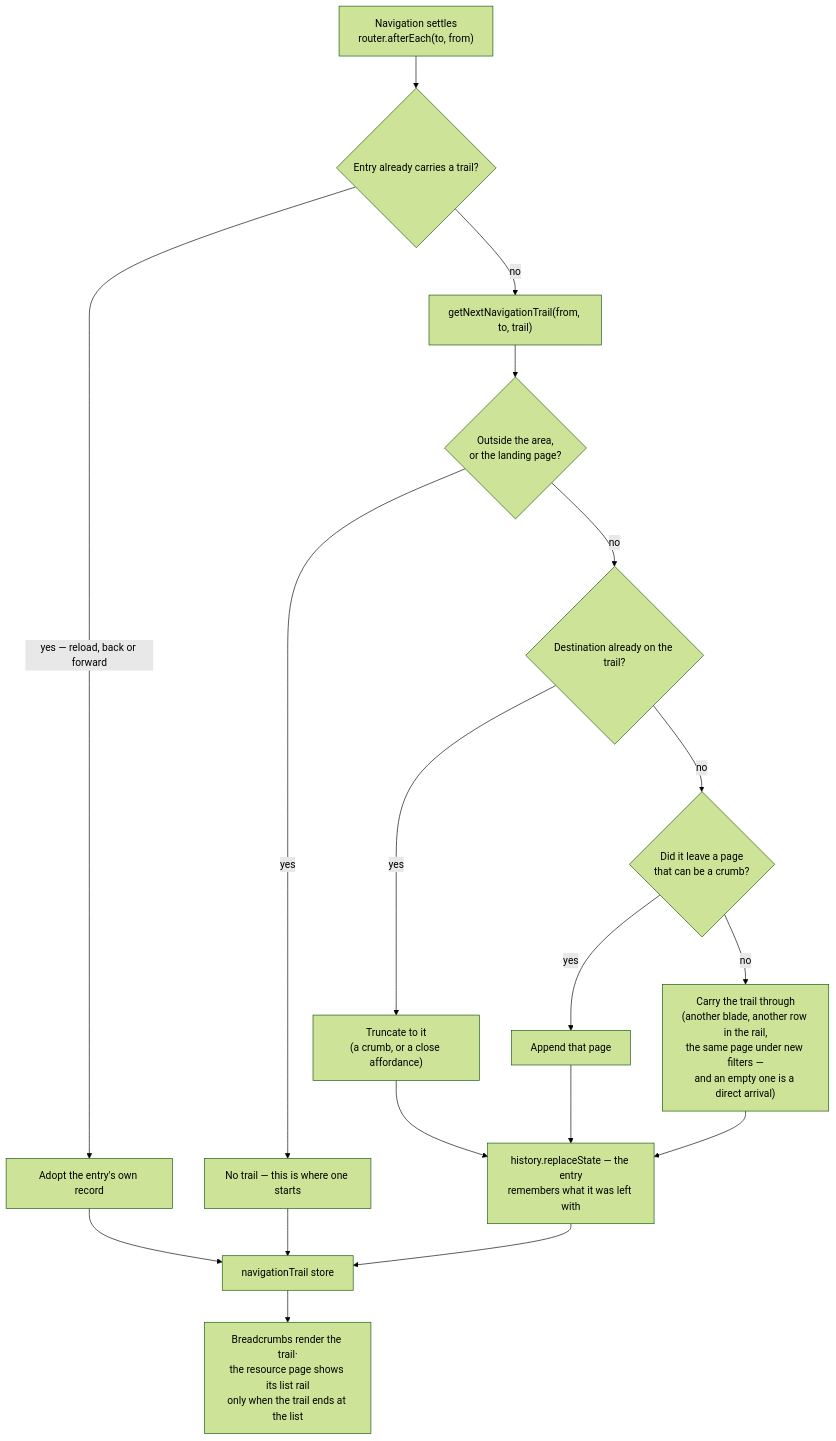
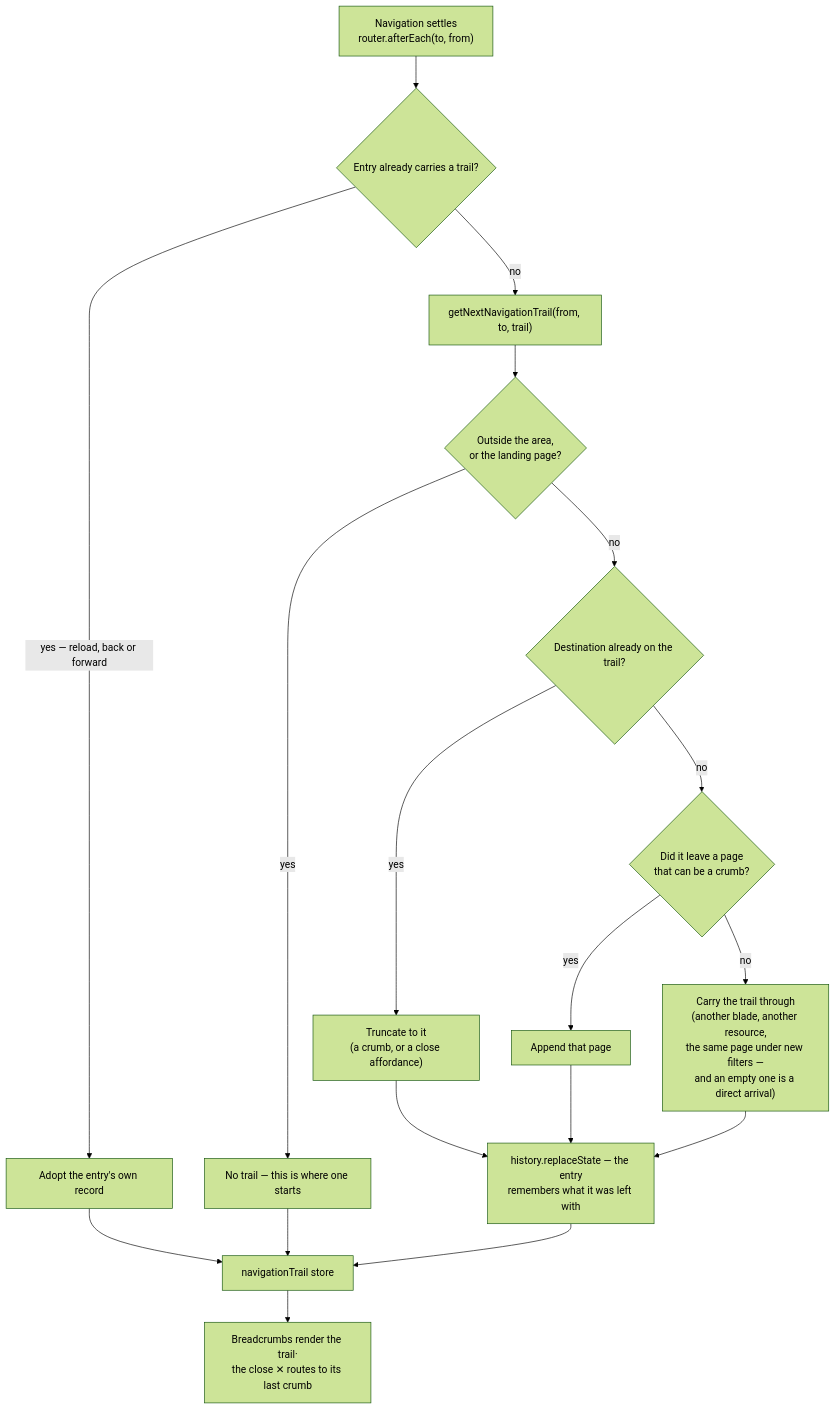
One commit to Esposter/Esposter changed the diagram in packages/app/content/docs/platform/breadcrumb-trail.md. Above: the diagram before and after it, drawn with Mermaid (forest theme). The commit also changed other lines of this file and 63 other files, not shown here.

````diff
--- a/packages/app/content/docs/platform/breadcrumb-trail.md
+++ b/packages/app/content/docs/platform/breadcrumb-trail.md
@@ -27,20 +27,20 @@
 ```mermaid
 flowchart TD
   NAV["Navigation settles<br/>router.afterEach(to, from)"] --> RECORDED{"Entry already carries a trail?"}
   RECORDED -->|"yes — reload, back or forward"| ADOPT["Adopt the entry's own record"]
   RECORDED -->|no| RESOLVE["getNextNavigationTrail(from, to, trail)"]
   RESOLVE --> OUT{"Outside the area,<br/>or the landing page?"}
   OUT -->|yes| EMPTY["No trail — this is where one starts"]
   OUT -->|no| BACKUP{"Destination already on the trail?"}
   BACKUP -->|yes| TRUNCATE["Truncate to it<br/>(a crumb, or a close affordance)"]
   BACKUP -->|no| DRILL{"Did it leave a page<br/>that can be a crumb?"}
   DRILL -->|yes| APPEND["Append that page"]
-  DRILL -->|no| CARRY["Carry the trail through<br/>(another blade, another row in the rail,<br/>the same page under new filters —<br/>and an empty one is a direct arrival)"]
+  DRILL -->|no| CARRY["Carry the trail through<br/>(another blade, another resource,<br/>the same page under new filters —<br/>and an empty one is a direct arrival)"]
   ADOPT --> STORE
   EMPTY --> STORE
   TRUNCATE --> RECORD
   APPEND --> RECORD
   CARRY --> RECORD
   RECORD["history.replaceState — the entry<br/>remembers what it was left with"] --> STORE["navigationTrail store"]
-  STORE --> RENDER["Breadcrumbs render the trail·<br/>the resource page shows its list rail<br/>only when the trail ends at the list"]
+  STORE --> RENDER["Breadcrumbs render the trail·<br/>the close ✕ routes to its last crumb"]
 ```
````
